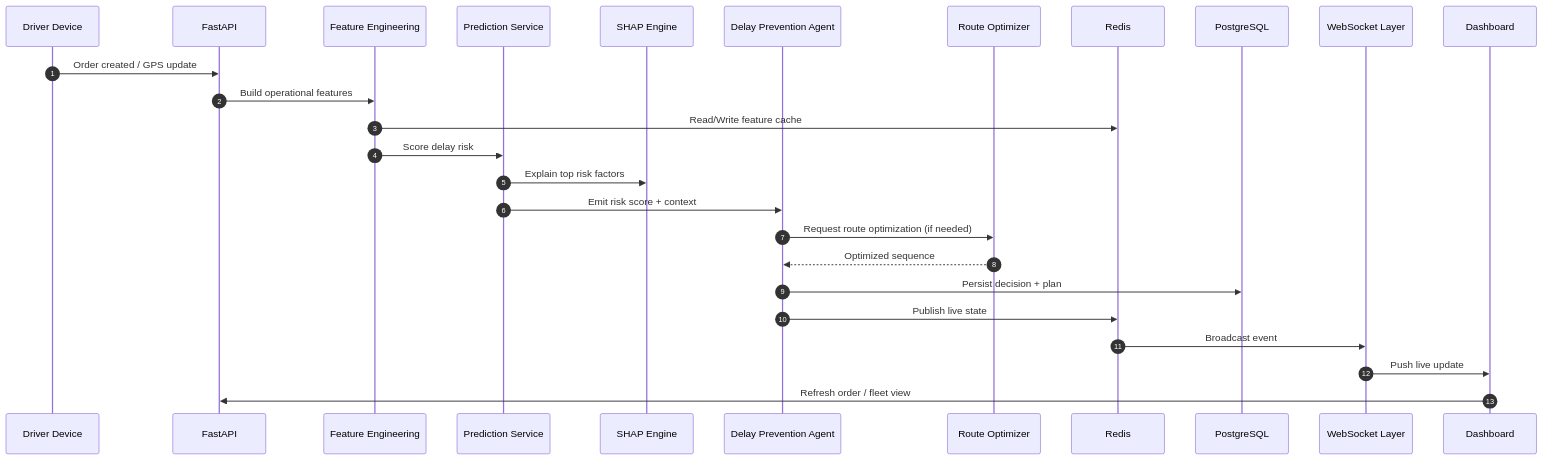
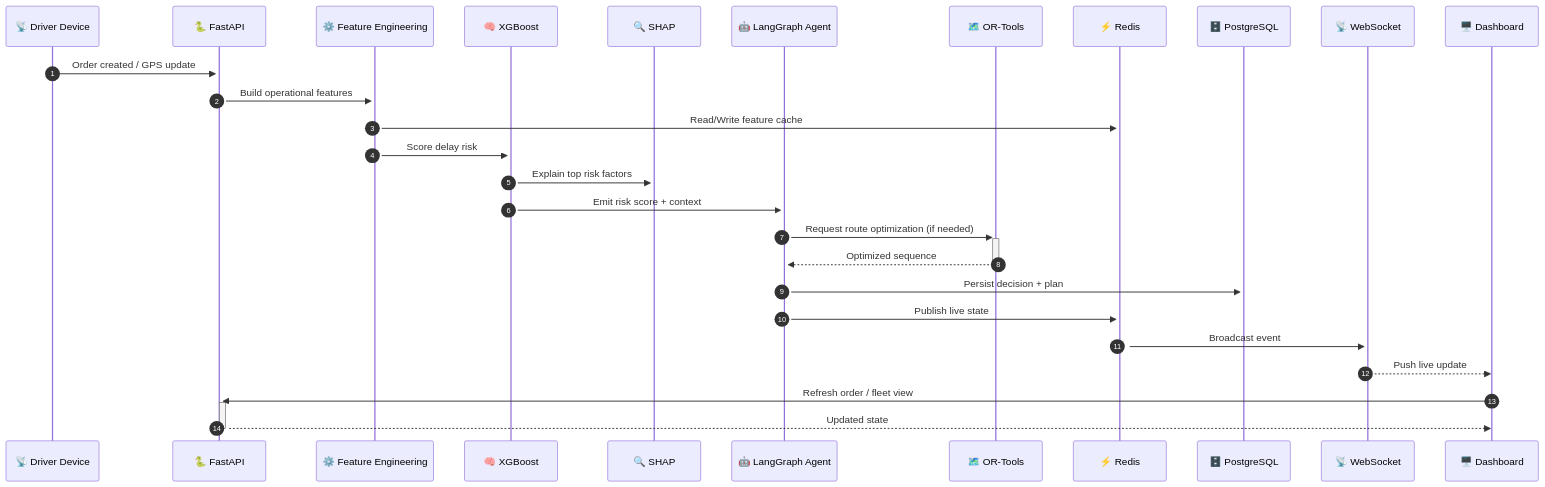
Before and after one commit to VIVEK-MARRI/IntelliLog-AI: the fourth of 8 diagrams in README.md, drawn with Mermaid. The commit also changed other lines of this file and 46 other files, not shown here.

Commit message:
docs: publish project documentation suite with premium architecture diagrams

````diff
--- a/README.md
+++ b/README.md
@@ -261,29 +304,30 @@
 ```mermaid
 sequenceDiagram
-  autonumber
-  participant D as Driver Device
-  participant API as FastAPI
-  participant FE as Feature Engineering
-  participant ML as Prediction Service
-  participant SH as SHAP Engine
-  participant AG as Delay Prevention Agent
-  participant RO as Route Optimizer
-  participant RD as Redis
-  participant PG as PostgreSQL
-  participant WS as WebSocket Layer
-  participant UI as Dashboard
+    autonumber
+    participant D as 📡 Driver Device
+    participant API as 🐍 FastAPI
+    participant FE as ⚙️ Feature Engineering
+    participant ML as 🧠 XGBoost
+    participant SH as 🔍 SHAP
+    participant AG as 🤖 LangGraph Agent
+    participant RO as 🗺️ OR-Tools
+    participant RD as ⚡ Redis
+    participant PG as 🗄️ PostgreSQL
+    participant WS as 📡 WebSocket
+    participant UI as 🖥️ Dashboard
 
-  D->>API: Order created / GPS update
-  API->>FE: Build operational features
-  FE->>RD: Read/Write feature cache
-  FE->>ML: Score delay risk
-  ML->>SH: Explain top risk factors
-  ML->>AG: Emit risk score + context
-  AG->>RO: Request route optimization (if needed)
-  RO-->>AG: Optimized sequence
-  AG->>PG: Persist decision + plan
-  AG->>RD: Publish live state
-  RD->>WS: Broadcast event
-  WS->>UI: Push live update
-  UI->>API: Refresh order / fleet view
+    D->>+API: Order created / GPS update
+    API->>+FE: Build operational features
+    FE->>+RD: Read/Write feature cache
+    FE->>+ML: Score delay risk
+    ML->>+SH: Explain top risk factors
+    ML->>+AG: Emit risk score + context
+    AG->>+RO: Request route optimization (if needed)
+    RO-->>-AG: Optimized sequence
+    AG->>+PG: Persist decision + plan
+    AG->>+RD: Publish live state
+    RD->>+WS: Broadcast event
+    WS-->>UI: Push live update
+    UI->>+API: Refresh order / fleet view
+    API-->>-UI: Updated state
 ```
````
